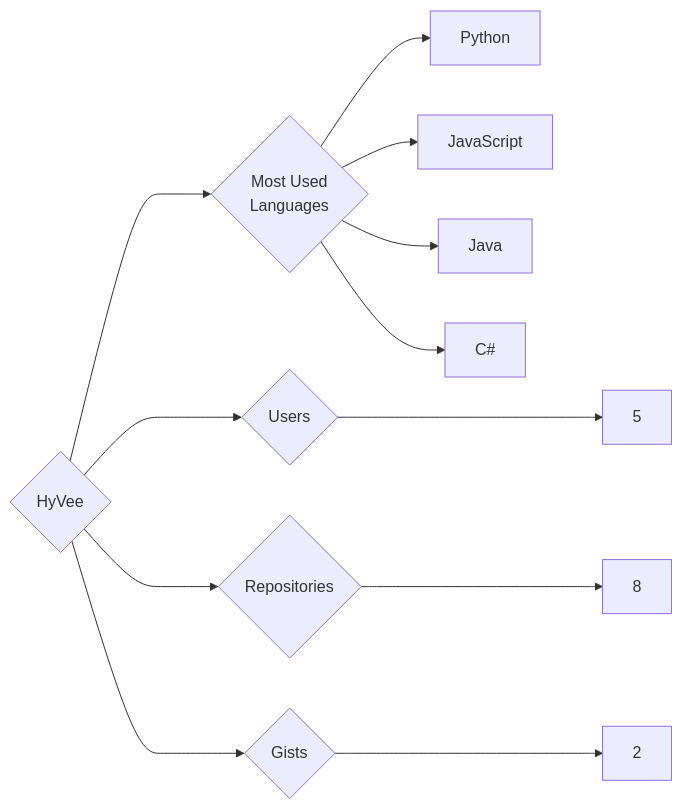
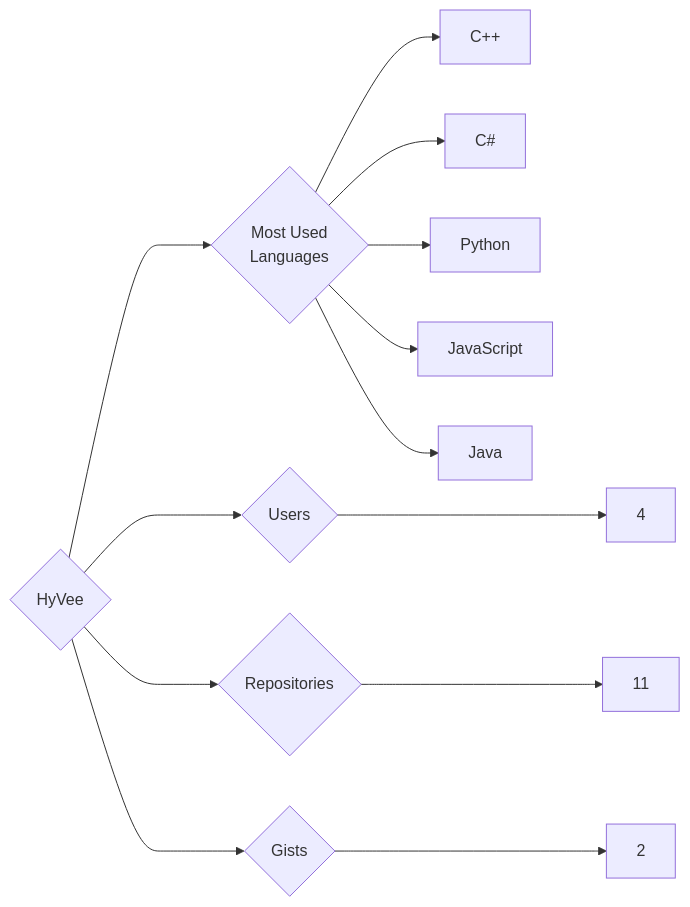
The diagram in targets/HyVee/README.md (trickest/insiders), drawn with Mermaid before and after one commit. The commit also changed 1170 other files, not shown here.

````diff
--- a/targets/HyVee/README.md
+++ b/targets/HyVee/README.md
@@ -3,12 +3,13 @@
 ```mermaid
 graph LR
 COMPANY_NAME{HyVee}
-COMPANY_NAME ---> U{Users} ---> UN[5]
-COMPANY_NAME ---> R{Repositories} ---> RN[8]
+COMPANY_NAME ---> U{Users} ---> UN[4]
+COMPANY_NAME ---> R{Repositories} ---> RN[11]
 COMPANY_NAME ---> G{Gists} ---> GN[2]
 COMPANY_NAME ---> ML{Most Used<br>Languages}
+ML --> C++[C++]
+ML --> C#[C#]
 ML --> Python[Python]
 ML --> JavaScript[JavaScript]
 ML --> Java[Java]
-ML --> C#[C#]
 ```
````
